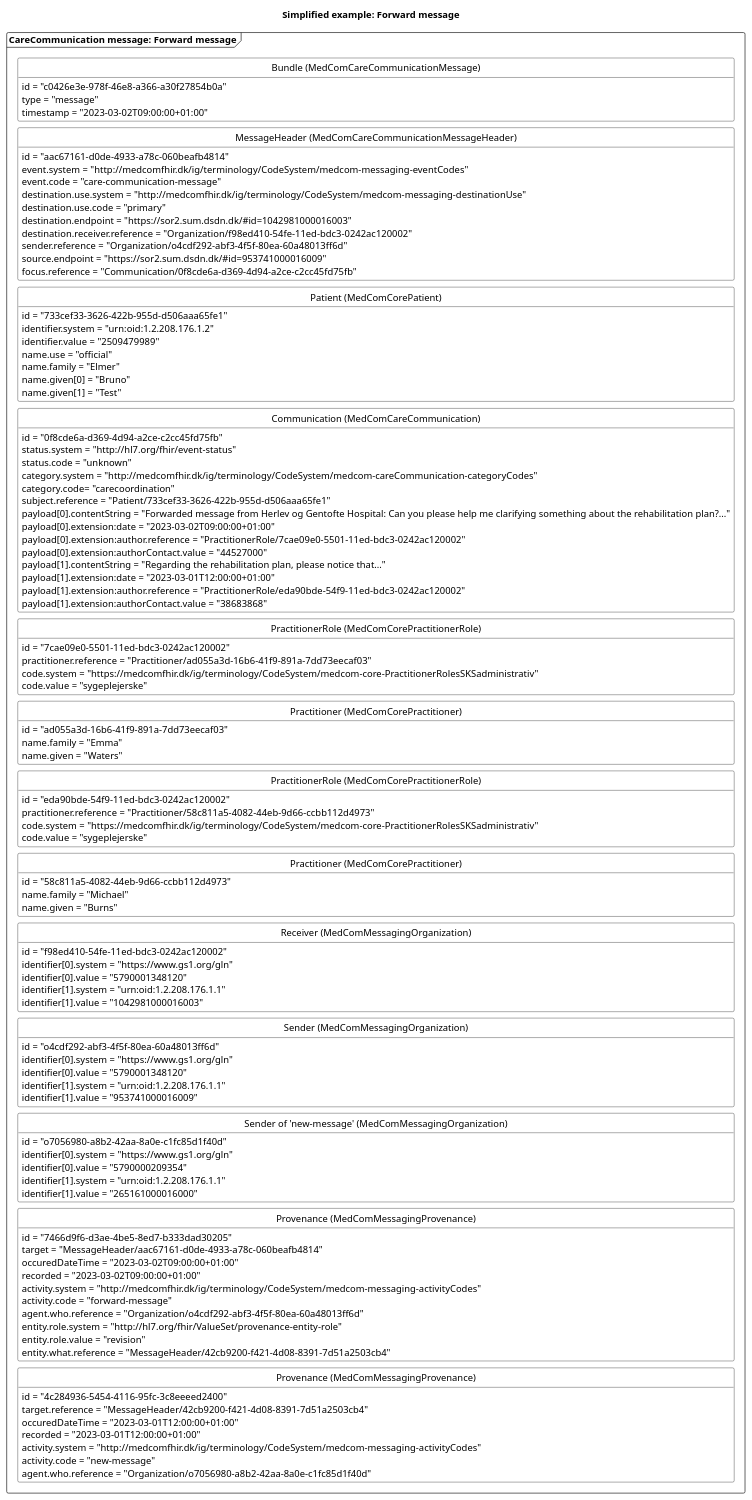
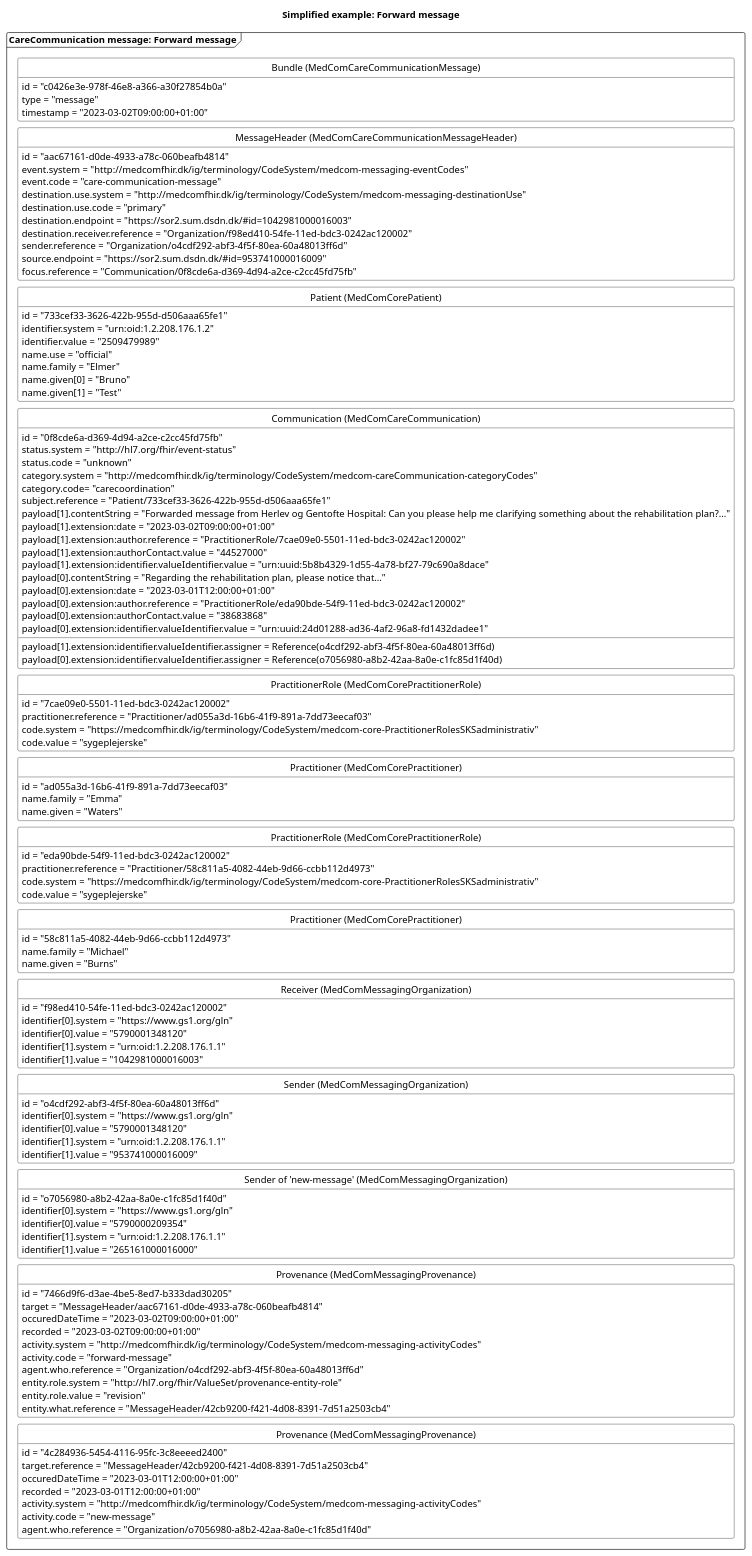
Before and after one commit to medcomdk/dk-medcom-carecommunication: the diagram in puml/CareCommunicationForwardMessage.puml, drawn with PlantUML. The commit also changed 22 other files, not shown here.

```diff
--- a/puml/CareCommunicationForwardMessage.puml
+++ b/puml/CareCommunicationForwardMessage.puml
@@ -1,141 +1,145 @@
 @startuml CCForwardMessage2
 
 'layout
 skinparam class {
     BackgroundColor White
     BorderColor Black
     ArrowColor Black
   }
 hide circle
 hide empty members
 skinparam SameClassWidth true
 skinparam Ranksep 10
 
 
 'title
 title Simplified example: Forward message
 
 'Message 1: Forward message
 package "CareCommunication message: Forward message" as forward <<Frame>>{
     class "Bundle (MedComCareCommunicationMessage)" as forwardB {
         id = "c0426e3e-978f-46e8-a366-a30f27854b0a"
         type = "message"
         timestamp = "2023-03-02T09:00:00+01:00"
     }
     class "MessageHeader (MedComCareCommunicationMessageHeader)" as forwardMH{
         id = "aac67161-d0de-4933-a78c-060beafb4814"
         event.system = "http://medcomfhir.dk/ig/terminology/CodeSystem/medcom-messaging-eventCodes"
         event.code = "care-communication-message"
         destination.use.system = "http://medcomfhir.dk/ig/terminology/CodeSystem/medcom-messaging-destinationUse"
         destination.use.code = "primary"
         destination.endpoint = "https://sor2.sum.dsdn.dk/#id=1042981000016003"
         destination.receiver.reference = "Organization/f98ed410-54fe-11ed-bdc3-0242ac120002"
         sender.reference = "Organization/o4cdf292-abf3-4f5f-80ea-60a48013ff6d"
         source.endpoint = "https://sor2.sum.dsdn.dk/#id=953741000016009"
         focus.reference = "Communication/0f8cde6a-d369-4d94-a2ce-c2cc45fd75fb"
     }
     class "Patient (MedComCorePatient)" as forwardPT{
         id = "733cef33-3626-422b-955d-d506aaa65fe1"
         identifier.system = "urn:oid:1.2.208.176.1.2"
         identifier.value = "2509479989"
         name.use = "official"
         name.family = "Elmer"
         name.given[0] = "Bruno"
         name.given[1] = "Test"
     }
     class "Communication (MedComCareCommunication)" as forwardCom{
         id = "0f8cde6a-d369-4d94-a2ce-c2cc45fd75fb"
         status.system = "http://hl7.org/fhir/event-status" 
         status.code = "unknown"
         category.system = "http://medcomfhir.dk/ig/terminology/CodeSystem/medcom-careCommunication-categoryCodes"
         category.code= "carecoordination"
         subject.reference = "Patient/733cef33-3626-422b-955d-d506aaa65fe1"
-        payload[0].contentString = "Forwarded message from Herlev og Gentofte Hospital: Can you please help me clarifying something about the rehabilitation plan?..."
-        payload[0].extension:date = "2023-03-02T09:00:00+01:00"
-        payload[0].extension:author.reference = "PractitionerRole/7cae09e0-5501-11ed-bdc3-0242ac120002"
-        payload[0].extension:authorContact.value = "44527000"
-        payload[1].contentString = "Regarding the rehabilitation plan, please notice that..."
-        payload[1].extension:date = "2023-03-01T12:00:00+01:00"
-        payload[1].extension:author.reference = "PractitionerRole/eda90bde-54f9-11ed-bdc3-0242ac120002"
-        payload[1].extension:authorContact.value = "38683868"
+        payload[1].contentString = "Forwarded message from Herlev og Gentofte Hospital: Can you please help me clarifying something about the rehabilitation plan?..."
+        payload[1].extension:date = "2023-03-02T09:00:00+01:00"
+        payload[1].extension:author.reference = "PractitionerRole/7cae09e0-5501-11ed-bdc3-0242ac120002"
+        payload[1].extension:authorContact.value = "44527000"
+        payload[1].extension:identifier.valueIdentifier.value = "urn:uuid:5b8b4329-1d55-4a78-bf27-79c690a8dace"
+        payload[1].extension:identifier.valueIdentifier.assigner = Reference(o4cdf292-abf3-4f5f-80ea-60a48013ff6d)
+        payload[0].contentString = "Regarding the rehabilitation plan, please notice that..."
+        payload[0].extension:date = "2023-03-01T12:00:00+01:00"
+        payload[0].extension:author.reference = "PractitionerRole/eda90bde-54f9-11ed-bdc3-0242ac120002"
+        payload[0].extension:authorContact.value = "38683868"
+        payload[0].extension:identifier.valueIdentifier.value = "urn:uuid:24d01288-ad36-4af2-96a8-fd1432dadee1"
+        payload[0].extension:identifier.valueIdentifier.assigner = Reference(o7056980-a8b2-42aa-8a0e-c1fc85d1f40d)
     }
     class "PractitionerRole (MedComCorePractitionerRole)" as forwardPracR{
         id = "7cae09e0-5501-11ed-bdc3-0242ac120002"
         practitioner.reference = "Practitioner/ad055a3d-16b6-41f9-891a-7dd73eecaf03"
         code.system = "https://medcomfhir.dk/ig/terminology/CodeSystem/medcom-core-PractitionerRolesSKSadministrativ"
         code.value = "sygeplejerske"
     }
     class "Practitioner (MedComCorePractitioner)" as forwardPrac{
         id = "ad055a3d-16b6-41f9-891a-7dd73eecaf03"
         name.family = "Emma"
         name.given = "Waters"
     }
     class "PractitionerRole (MedComCorePractitionerRole)" as newPracR{
         id = "eda90bde-54f9-11ed-bdc3-0242ac120002"
         practitioner.reference = "Practitioner/58c811a5-4082-44eb-9d66-ccbb112d4973"
         code.system = "https://medcomfhir.dk/ig/terminology/CodeSystem/medcom-core-PractitionerRolesSKSadministrativ"
         code.value = "sygeplejerske"
     }
     class "Practitioner (MedComCorePractitioner)" as newPrac{
         id = "58c811a5-4082-44eb-9d66-ccbb112d4973"
         name.family = "Michael"
         name.given = "Burns"
     }
     class "Receiver (MedComMessagingOrganization)" as forwardROrg{
         id = "f98ed410-54fe-11ed-bdc3-0242ac120002"
         identifier[0].system = "https://www.gs1.org/gln"
         identifier[0].value = "5790001348120"
         identifier[1].system = "urn:oid:1.2.208.176.1.1"
         identifier[1].value = "1042981000016003"
     }
     class "Sender (MedComMessagingOrganization)" as forwardSOrg{
         id = "o4cdf292-abf3-4f5f-80ea-60a48013ff6d"
         identifier[0].system = "https://www.gs1.org/gln"
         identifier[0].value = "5790001348120"
         identifier[1].system = "urn:oid:1.2.208.176.1.1"
         identifier[1].value = "953741000016009"
     }
     class "Sender of 'new-message' (MedComMessagingOrganization)" as senderOrg{
         id = "o7056980-a8b2-42aa-8a0e-c1fc85d1f40d"
         identifier[0].system = "https://www.gs1.org/gln"
         identifier[0].value = "5790000209354"
         identifier[1].system = "urn:oid:1.2.208.176.1.1"
         identifier[1].value = "265161000016000"
     }
     class "Provenance (MedComMessagingProvenance)" as forwardPRO{
         id = "7466d9f6-d3ae-4be5-8ed7-b333dad30205"
         target = "MessageHeader/aac67161-d0de-4933-a78c-060beafb4814"
         occuredDateTime = "2023-03-02T09:00:00+01:00"
         recorded = "2023-03-02T09:00:00+01:00"
         activity.system = "http://medcomfhir.dk/ig/terminology/CodeSystem/medcom-messaging-activityCodes"
         activity.code = "forward-message"
         agent.who.reference = "Organization/o4cdf292-abf3-4f5f-80ea-60a48013ff6d"
         entity.role.system = "http://hl7.org/fhir/ValueSet/provenance-entity-role"
         entity.role.value = "revision"
         entity.what.reference = "MessageHeader/42cb9200-f421-4d08-8391-7d51a2503cb4"
     }
     class "Provenance (MedComMessagingProvenance)" as newPRO{
         id = "4c284936-5454-4116-95fc-3c8eeeed2400"
         target.reference = "MessageHeader/42cb9200-f421-4d08-8391-7d51a2503cb4"
         occuredDateTime = "2023-03-01T12:00:00+01:00"
         recorded = "2023-03-01T12:00:00+01:00"
         activity.system = "http://medcomfhir.dk/ig/terminology/CodeSystem/medcom-messaging-activityCodes"
         activity.code = "new-message"
         agent.who.reference = "Organization/o7056980-a8b2-42aa-8a0e-c1fc85d1f40d"
     }
 
 forwardB -[hidden]- forwardMH
 forwardMH -[hidden]-forwardPT
 forwardPT-[hidden]-forwardCom
 forwardCom -[hidden]-forwardPracR
 forwardPracR-[hidden]-forwardPrac
 forwardPrac-[hidden]-newPracR
 newPracR-[hidden]-newPrac
 newPrac-[hidden]-forwardROrg
 forwardROrg-[hidden]- forwardSOrg
 forwardSOrg-[hidden]-senderOrg
 senderOrg-[hidden]-forwardPRO
 forwardPRO-[hidden]-newPRO
 
 
 @enduml
```
